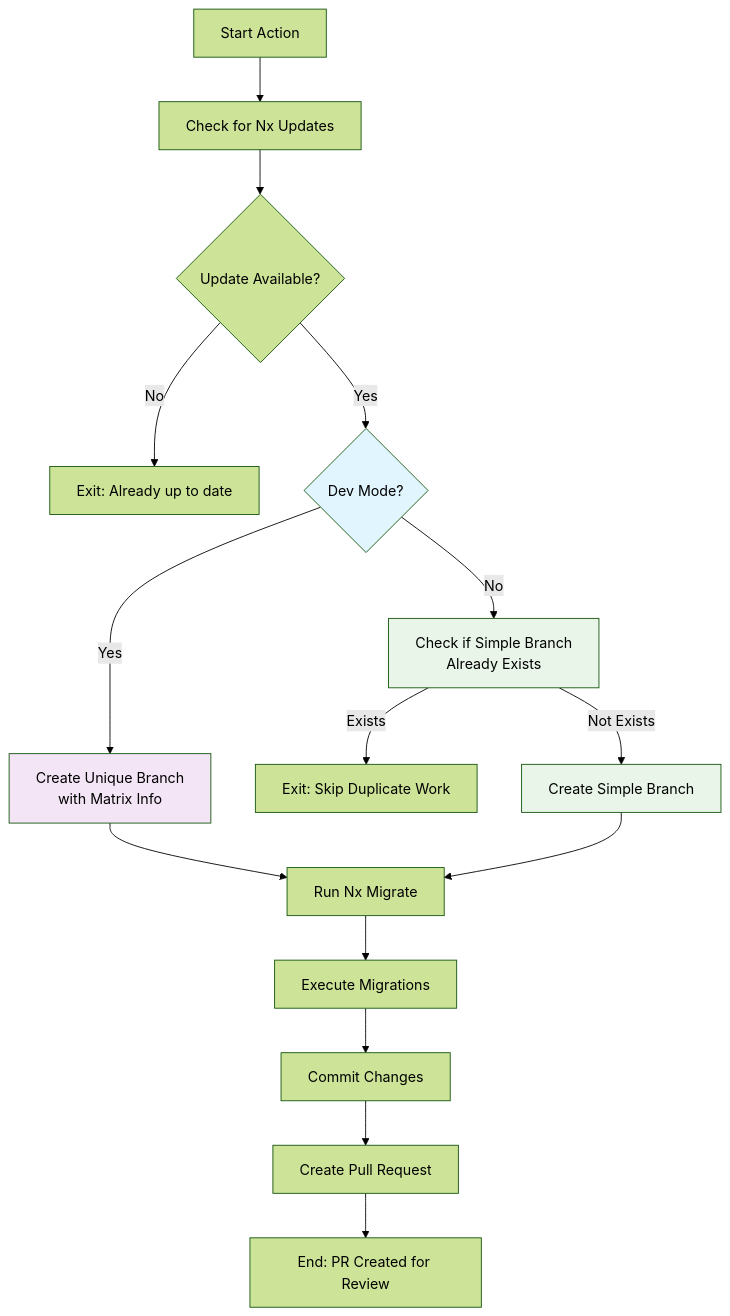
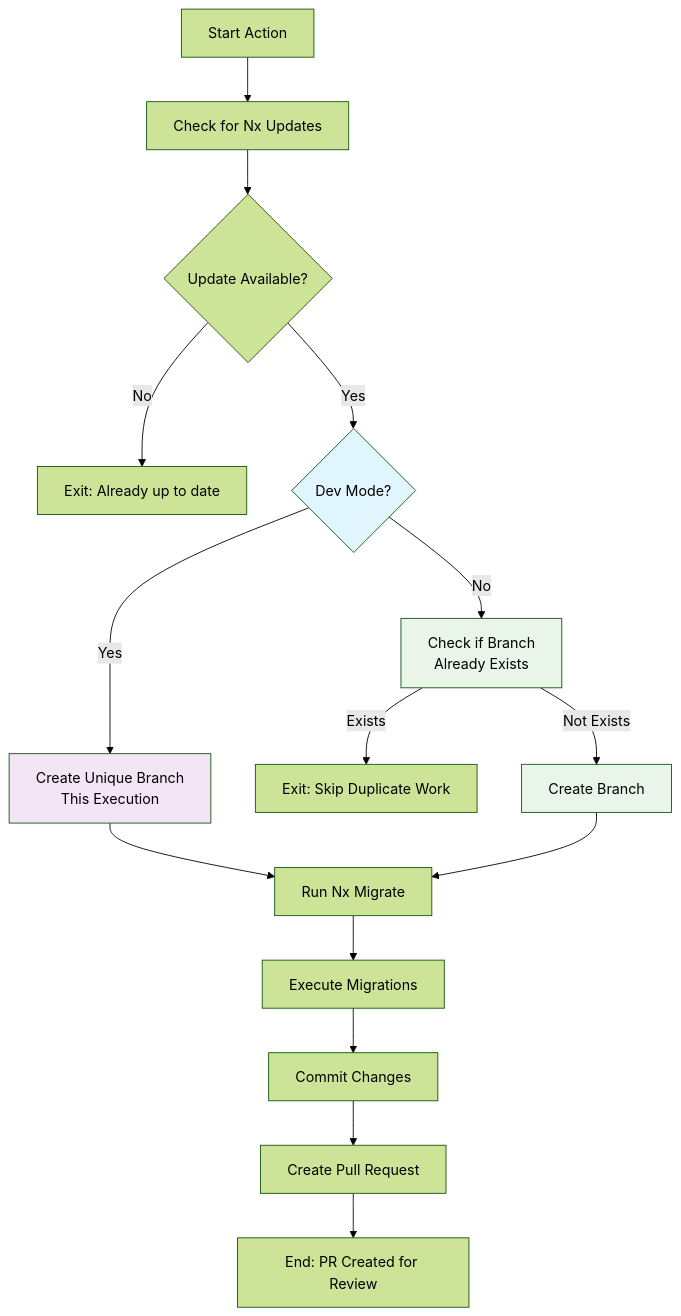
The diagram in README.md (gridatek/nx-migrate-action), drawn with Mermaid (forest theme) before and after one commit. The commit also changed 1 other file, not shown here.

````diff
--- a/README.md
+++ b/README.md
@@ -330,25 +330,25 @@
 ```mermaid
 flowchart TD
     A[Start Action] --> B[Check for Nx Updates]
     B --> C{Update Available?}
     C -->|No| D[Exit: Already up to date]
     C -->|Yes| E{Dev Mode?}
 
-    E -->|Yes| F[Create Unique Branch<br/>with Matrix Info]
-    E -->|No| G[Check if Simple Branch<br/>Already Exists]
+    E -->|Yes| F[Create Unique Branch<br/>This Execution]
+    E -->|No| G[Check if Branch<br/>Already Exists]
 
     G -->|Exists| H[Exit: Skip Duplicate Work]
-    G -->|Not Exists| I[Create Simple Branch]
+    G -->|Not Exists| I[Create Branch]
 
     F --> J[Run Nx Migrate]
     I --> J
     J --> K[Execute Migrations]
     K --> L[Commit Changes]
     L --> P[Create Pull Request]
     P --> S[End: PR Created for Review]
 
     style E fill:#e1f5fe
     style F fill:#f3e5f5
     style G fill:#e8f5e8
     style I fill:#e8f5e8
 ```
````
